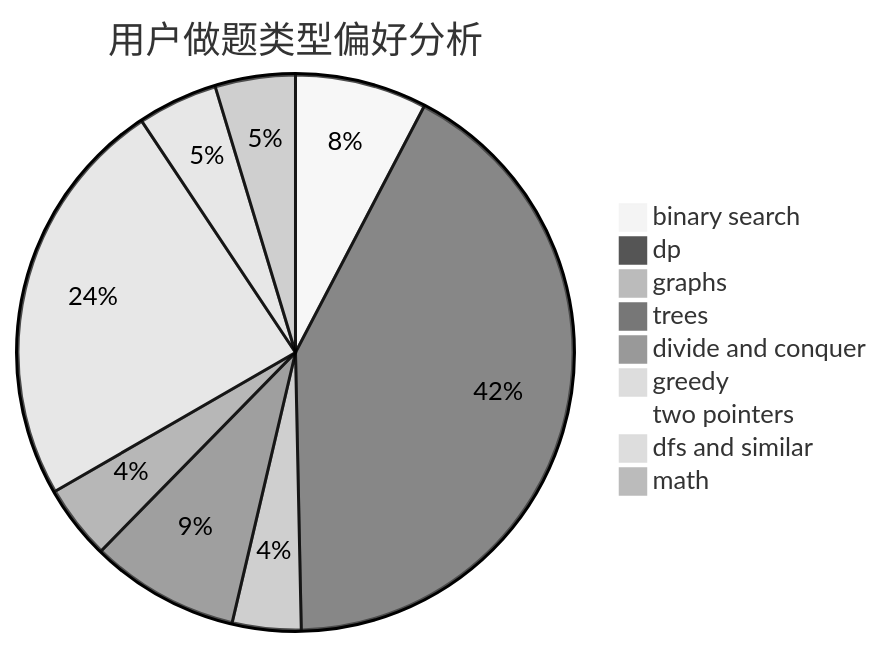
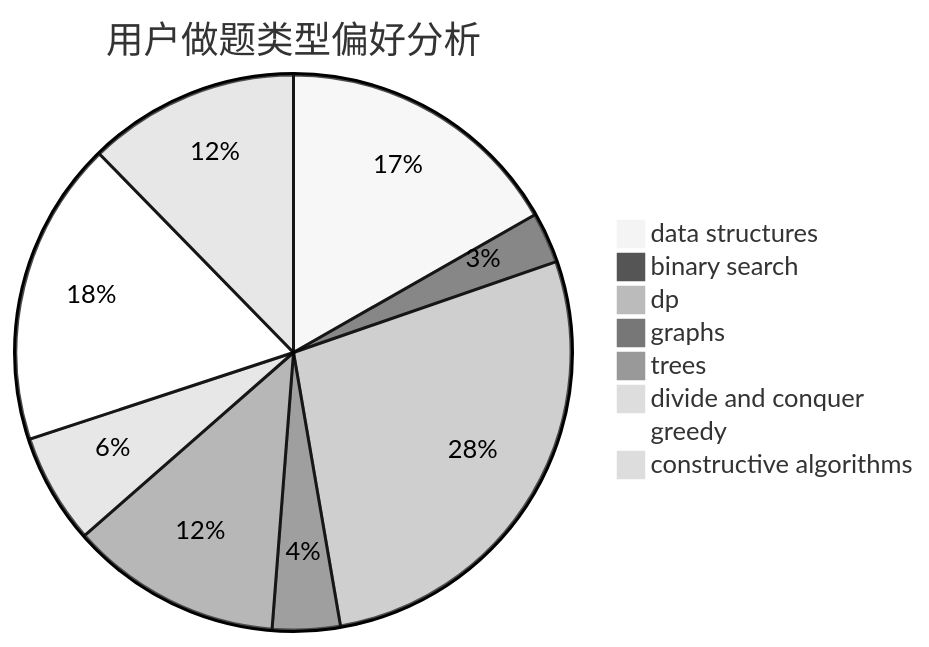
One commit to sherpahu/cfrs.github.io changed the second of 3 diagrams in docs/user/u1777.md. Above: the diagram before and after it, drawn with Mermaid (neutral theme). The commit also changed other lines of this file and 2775 other files, not shown here.

````diff
--- a/docs/user/u1777.md
+++ b/docs/user/u1777.md
@@ -23,12 +23,11 @@
 ```mermaid
 pie title 用户做题类型偏好分析
-    "binary search" :  23
-    "dp" :  126
-    "graphs" :  12
-    "trees" :  26
+    "data structures" :  34
+    "binary search" :  6
+    "dp" :  56
+    "graphs" :  8
+    "trees" :  25
     "divide and conquer" :  13
-    "greedy" :  72
-    "two pointers" :  2
-    "dfs and similar" :  14
-    "math" :  14
+    "greedy" :  36
+    "constructive algorithms" :  25
 ```
````
